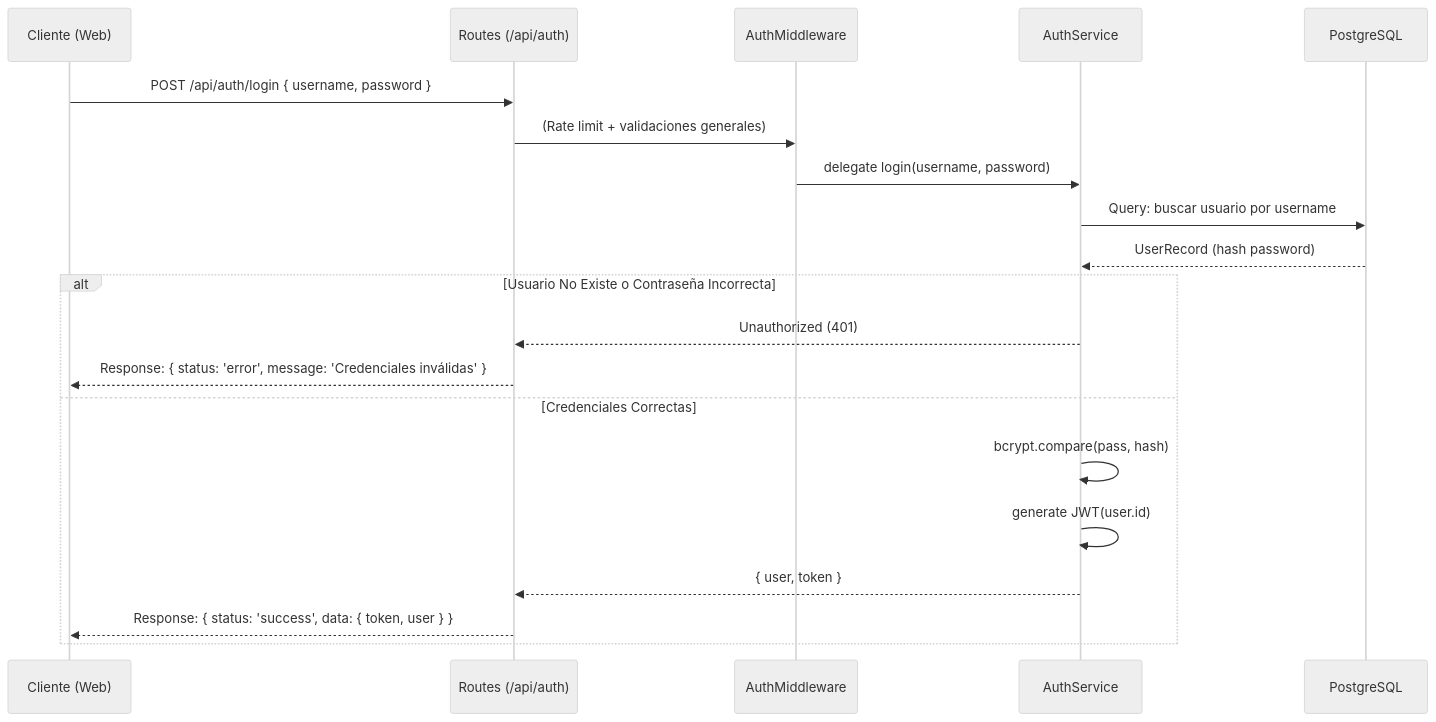
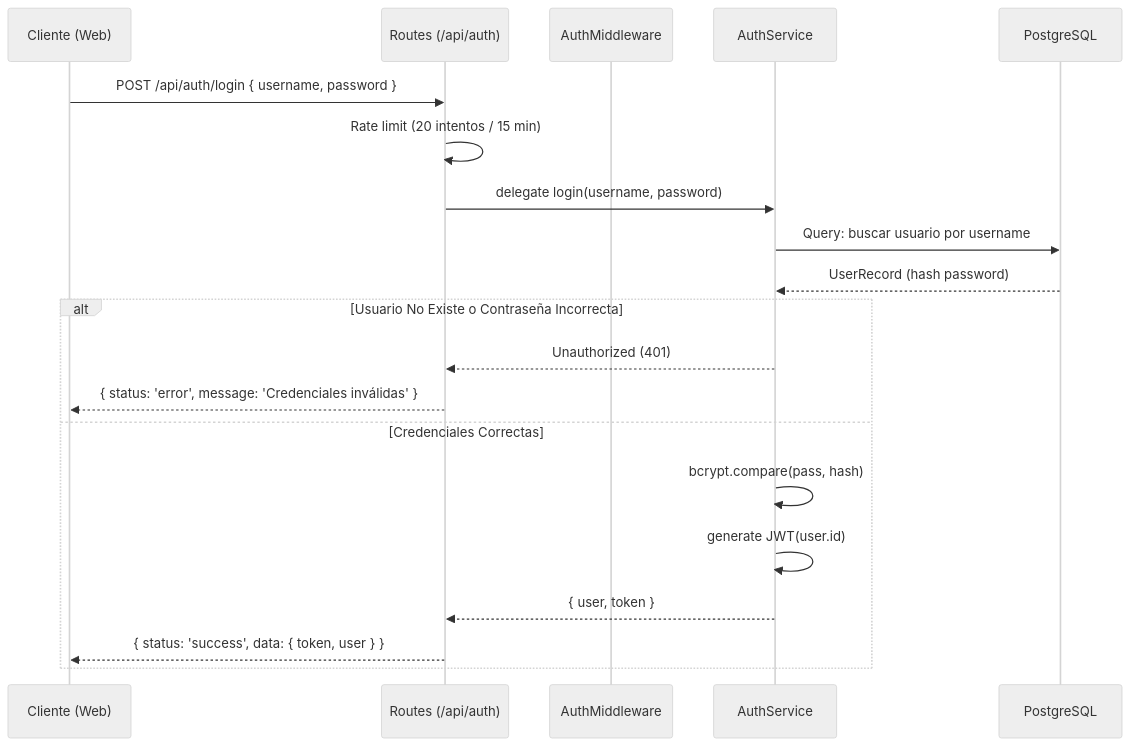
Before and after one commit to Dvl-Sant/app-gastos: the third of 7 diagrams in docs/architecture.md, drawn with Mermaid (neutral theme). The commit also changed other lines of this file and 1 other file, not shown here.

````diff
--- a/docs/architecture.md
+++ b/docs/architecture.md
@@ -51,24 +146,24 @@
 ```mermaid
 sequenceDiagram
     participant C as Cliente (Web)
     participant R as Routes (/api/auth)
     participant M as AuthMiddleware
     participant S as AuthService
     participant DB as PostgreSQL
 
     C->>R: POST /api/auth/login { username, password }
-    R->>M: (Rate limit + validaciones generales)
-    M->>S: delegate login(username, password)
+    R->>R: Rate limit (20 intentos / 15 min)
+    R->>S: delegate login(username, password)
     S->>DB: Query: buscar usuario por username
     DB-->>S: UserRecord (hash password)
-    
+
     alt Usuario No Existe o Contraseña Incorrecta
         S-->>R: Unauthorized (401)
-        R-->>C: Response: { status: 'error', message: 'Credenciales inválidas' }
+        R-->>C: { status: 'error', message: 'Credenciales inválidas' }
     else Credenciales Correctas
         S->>S: bcrypt.compare(pass, hash)
         S->>S: generate JWT(user.id)
         S-->>R: { user, token }
-        R-->>C: Response: { status: 'success', data: { token, user } }
+        R-->>C: { status: 'success', data: { token, user } }
     end
 ```
````
